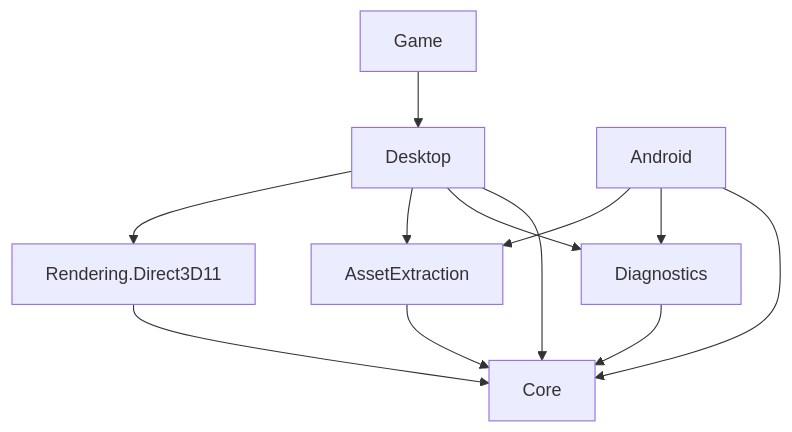
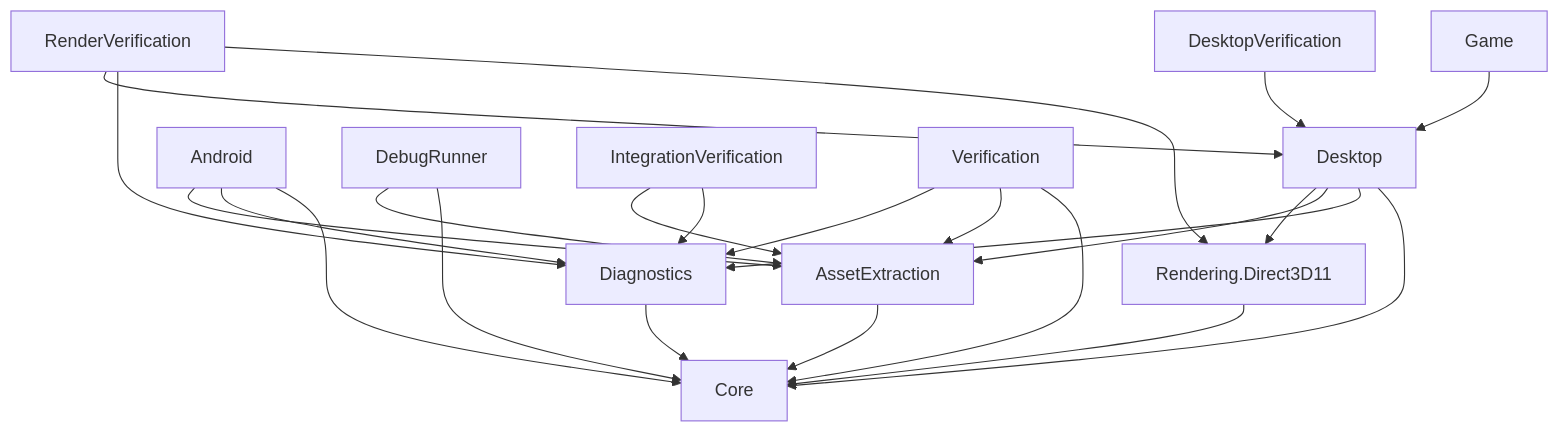
Before and after one commit to MrJackSpade/SuperMetroidDecomp: the diagram in docs/project-inventory.md, drawn with Mermaid. The commit also changed other lines of this file and 31 other files, not shown here.

````diff
--- a/docs/project-inventory.md
+++ b/docs/project-inventory.md
@@ -68,14 +47,25 @@
 ```mermaid
 flowchart TD
     Game --> Desktop
     Desktop --> Core
     Desktop --> Diagnostics
     Desktop --> AssetExtraction
     Desktop --> D3D[Rendering.Direct3D11]
     Android --> Core
     Android --> Diagnostics
     Android --> AssetExtraction
     Diagnostics --> Core
     AssetExtraction --> Core
     D3D --> Core
+    DebugRunner --> Core
+    DebugRunner --> AssetExtraction
+    IntegrationVerification --> Diagnostics
+    IntegrationVerification --> AssetExtraction
+    Verification --> Core
+    Verification --> AssetExtraction
+    Verification --> Diagnostics
+    RenderVerification --> D3D
+    RenderVerification --> Diagnostics
+    RenderVerification --> Desktop
+    DesktopVerification --> Desktop
 ```
````
